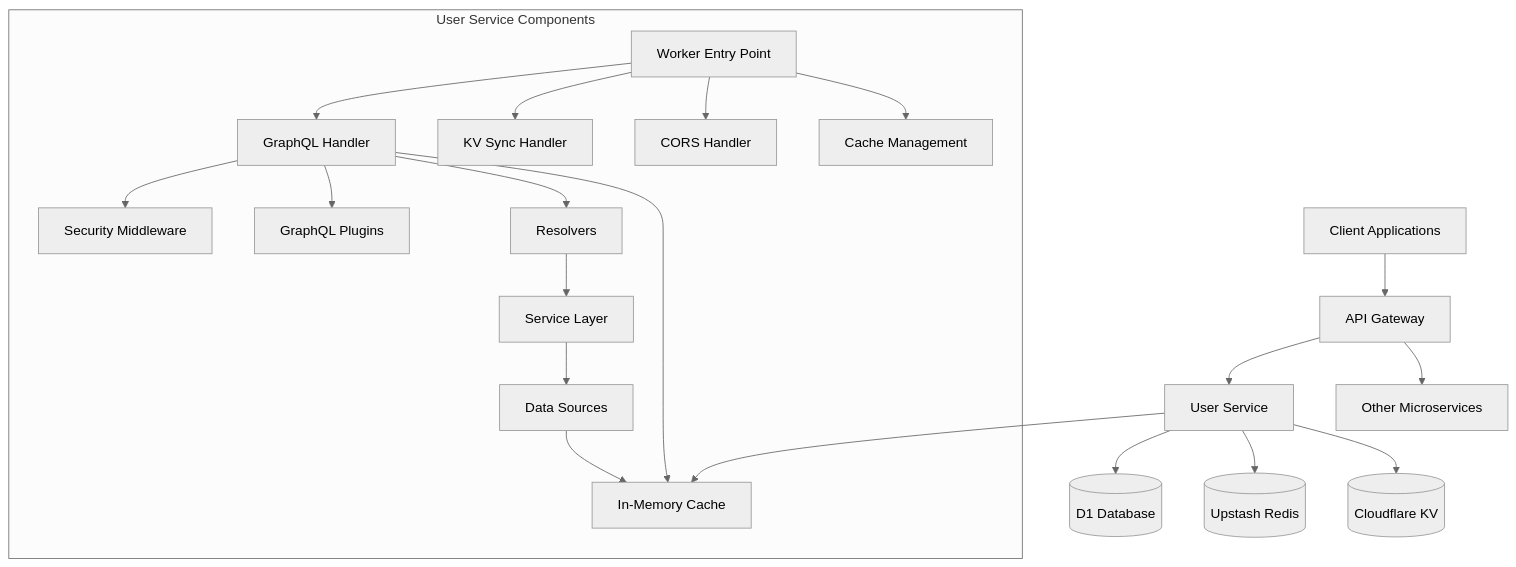
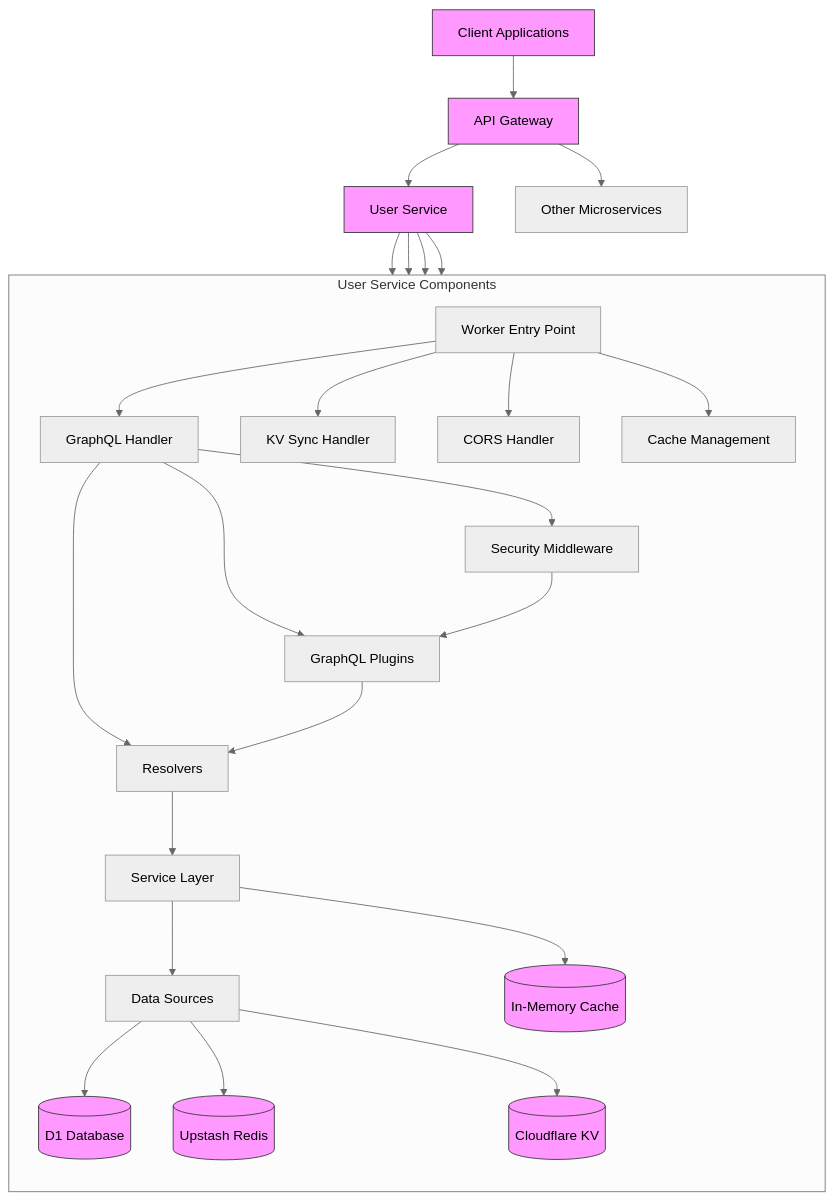
Before and after one commit to vinodhj/expense-microservices: the first of 15 diagrams in docs/user-services.md, drawn with Mermaid (neutral theme). The commit also changed other lines of this file, not shown here.

Commit message:
mermaid tweaks-4

````diff
--- a/docs/user-services.md
+++ b/docs/user-services.md
@@ -53,29 +53,37 @@
 ```mermaid
 flowchart TB
     Client[Client Applications] --> Gateway[API Gateway]
     Gateway --> UserService[User Service]
     Gateway --> OtherServices[Other Microservices]
 
-    UserService --> DB[(D1 Database)]
-    UserService --> Redis[(Upstash Redis)]
-    UserService --> KV[(Cloudflare KV)]
+    UserService --> D1DB[(D1 Database)]
+    UserService --> RedisStore[(Upstash Redis)]
+    UserService --> CloudflareKV[(Cloudflare KV)]
     UserService --> InMemoryCache[(In-Memory Cache)]
 
     subgraph "User Service Components"
+        direction TB
         Worker[Worker Entry Point] --> GraphQLHandler[GraphQL Handler]
         Worker --> KVSyncHandler[KV Sync Handler]
         Worker --> CORSHandler[CORS Handler]
         Worker --> CacheManager[Cache Management]
 
         GraphQLHandler --> SecurityMiddleware[Security Middleware]
         GraphQLHandler --> GraphQLPlugins[GraphQL Plugins]
         GraphQLHandler --> Resolvers[Resolvers]
-        GraphQLHandler --> InMemoryCache[In-Memory Cache]
 
-        Resolvers -->  Services[Service Layer]
+        SecurityMiddleware --> GraphQLPlugins
+        GraphQLPlugins --> Resolvers
+
+        Resolvers --> Services[Service Layer]
         Services --> DataSources[Data Sources]
-        DataSources --> InMemoryCache
+
+        Services --> InMemoryCache
+        DataSources --> D1DB
+        DataSources --> RedisStore
+        DataSources --> CloudflareKV
     end
 
-    class UserService,Client,Gateway,DB,Redis,KV,Worker,InMemoryCache highlight
+    classDef highlight fill:#f9f,stroke:#333,stroke-width:2px;color:#333
+    class UserService,Client,Gateway,D1DB,RedisStore,CloudflareKV,InMemoryCache highlight
 ```
````
